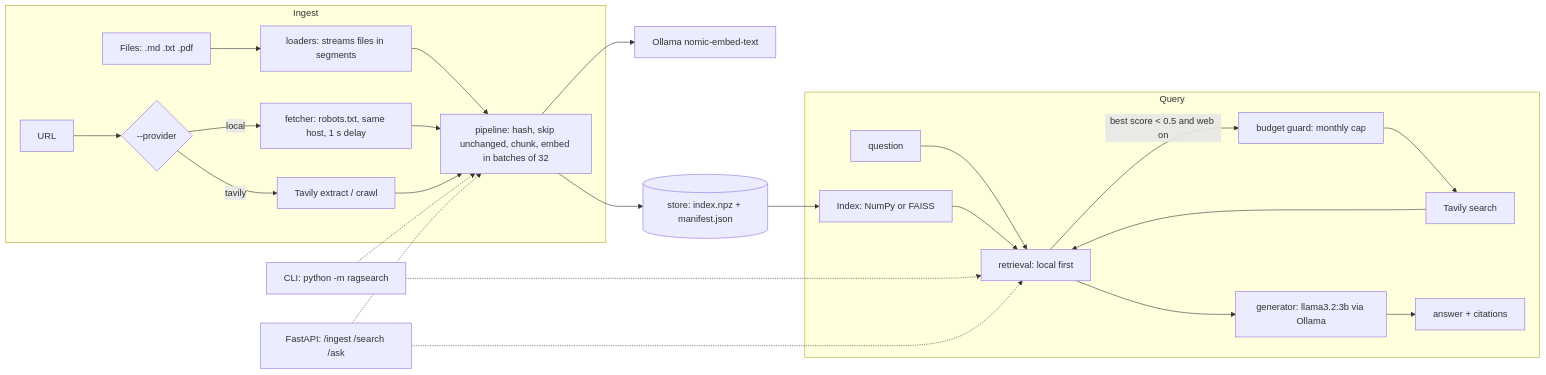
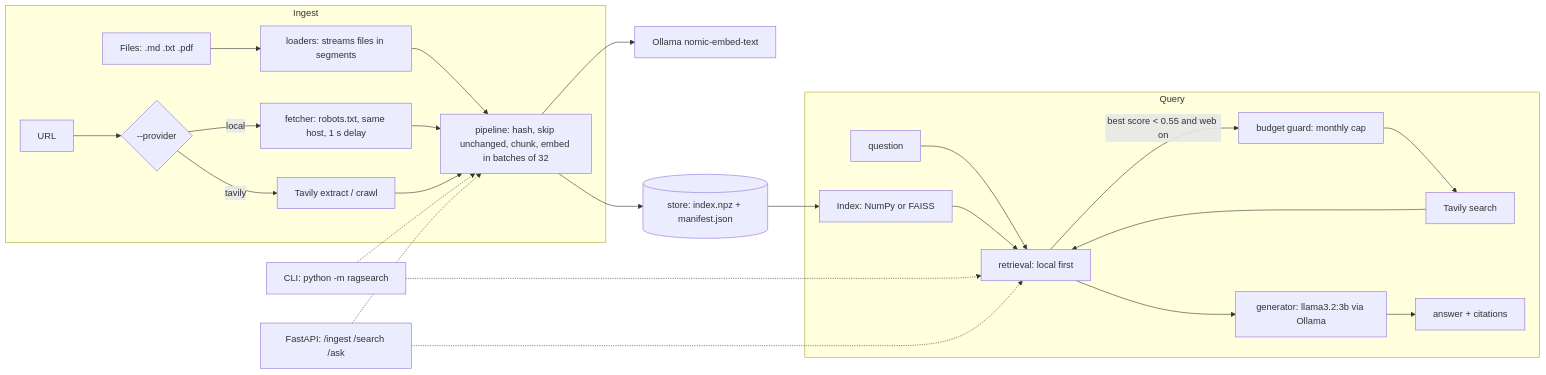
The diagram in README.md (TaiwoOpesade/ragsearch), drawn with Mermaid before and after one commit. The commit also changed other lines of this file and 4 other files, not shown here.

````diff
--- a/README.md
+++ b/README.md
@@ -15,32 +15,32 @@
 ```mermaid
 flowchart LR
     subgraph Ingest
         files["Files: .md .txt .pdf"] --> loaders["loaders: streams files in segments"]
         url["URL"] --> provider{"--provider"}
         provider -->|local| fetcher["fetcher: robots.txt, same host, 1 s delay"]
         provider -->|tavily| tavily_ingest["Tavily extract / crawl"]
         loaders --> pipeline
         fetcher --> pipeline
         tavily_ingest --> pipeline
         pipeline["pipeline: hash, skip unchanged, chunk, embed in batches of 32"]
     end
 
     pipeline --> embedder["Ollama nomic-embed-text"]
     pipeline --> store[("store: index.npz + manifest.json")]
     store --> index["Index: NumPy or FAISS"]
 
     subgraph Query
         question["question"] --> retrieval["retrieval: local first"]
         index --> retrieval
-        retrieval -->|"best score < 0.5 and web on"| budget["budget guard: monthly cap"]
+        retrieval -->|"best score < 0.55 and web on"| budget["budget guard: monthly cap"]
         budget --> tavily_search["Tavily search"]
         tavily_search --> retrieval
         retrieval --> generator["generator: llama3.2:3b via Ollama"]
         generator --> answer["answer + citations"]
     end
 
     cli["CLI: python -m ragsearch"] -.-> pipeline
     cli -.-> retrieval
     api["FastAPI: /ingest /search /ask"] -.-> pipeline
     api -.-> retrieval
 ```
````
